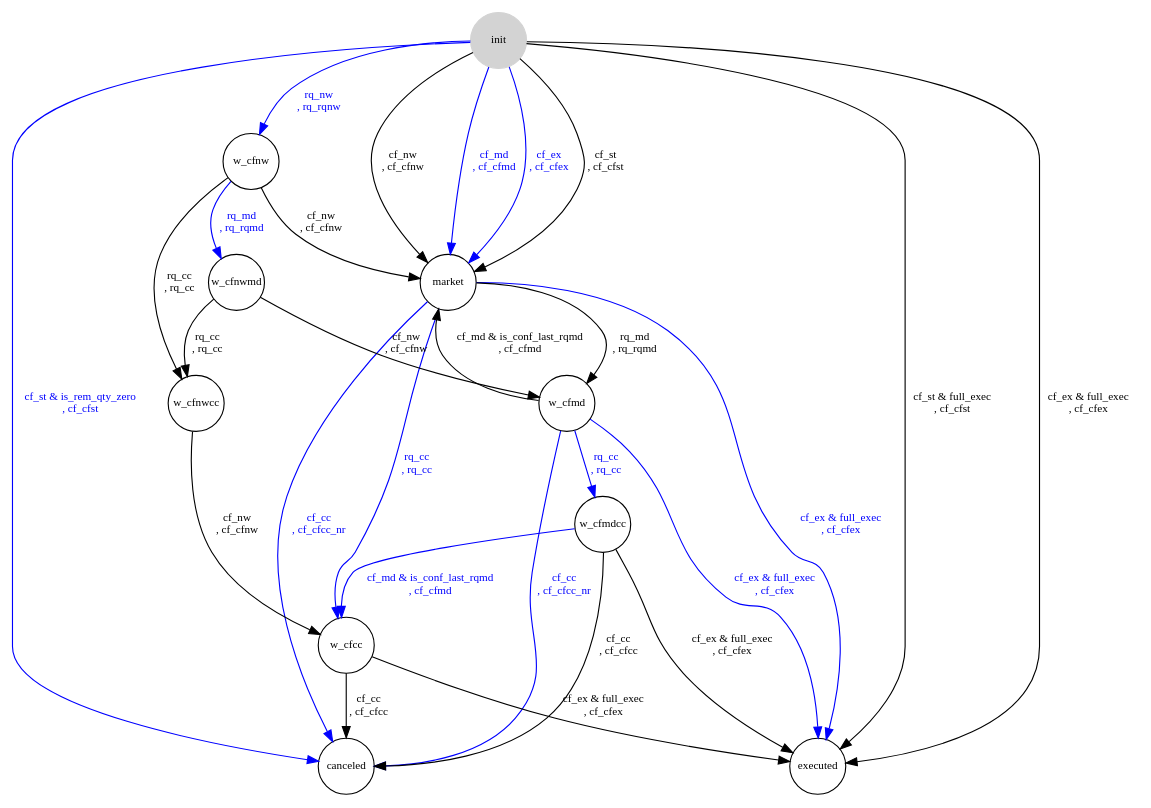
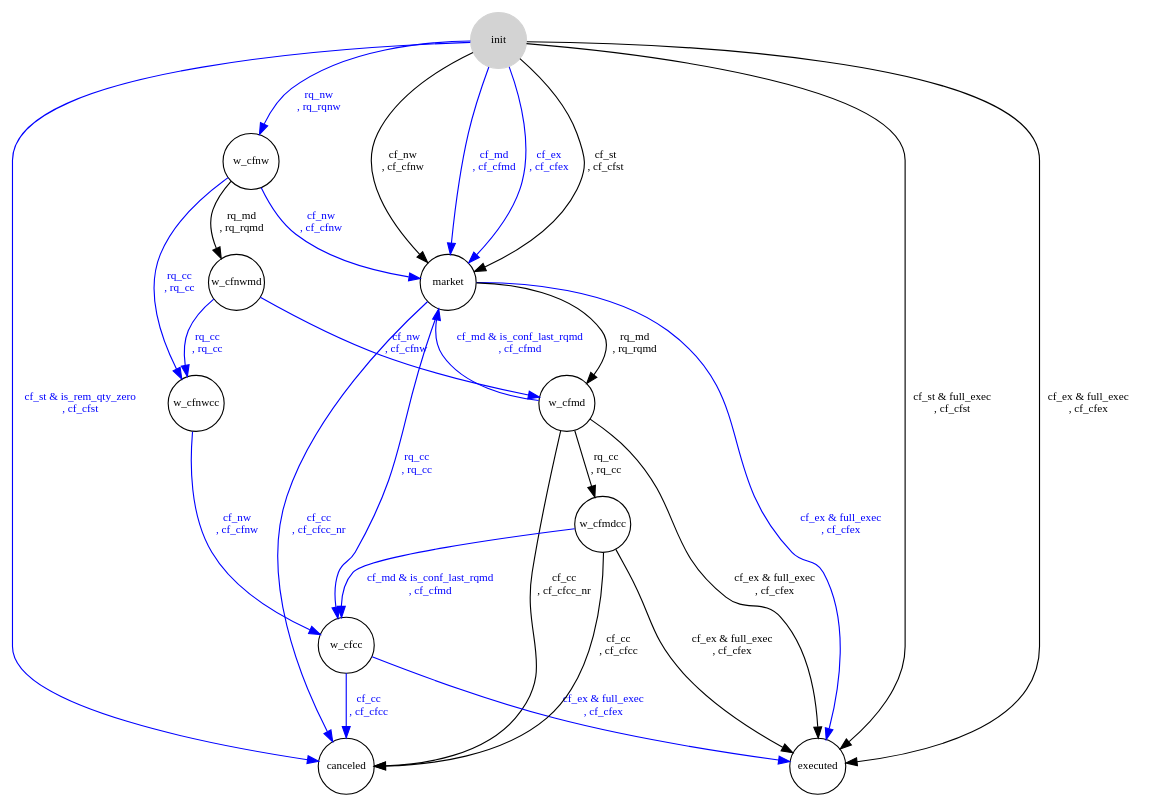
One commit to jleahred/maiquel-toolkit-cpp changed the diagram in src/components/trading/trd_cli_ls.dot. Above: the diagram before and after it, drawn with Graphviz. The commit also changed 10 other files, not shown here.

```diff
--- a/src/components/trading/trd_cli_ls.dot
+++ b/src/components/trading/trd_cli_ls.dot
@@ -1,35 +1,35 @@
 digraph automata {
     node [shape = circle, fontsize=10, fixedsize=true width=0.7];
     init [ style = filled, color=lightgrey ];
 
         "init"  ->  "w_cfnw"  [ label = "rq_nw\n, rq_rqnw", color=blue, fontcolor=blue, fontsize=10, fixedsize=true ];
     "init"  ->  "market"  [ label = "cf_nw\n, cf_cfnw", color=black, fontcolor=black, fontsize=10, fixedsize=true ];
     "init"  ->  "market"  [ label = "cf_md\n, cf_cfmd", color=blue, fontcolor=blue, fontsize=10, fixedsize=true ];
     "init"  ->  "executed"  [ label = "cf_ex & full_exec\n, cf_cfex", color=black, fontcolor=black, fontsize=10, fixedsize=true ];
     "init"  ->  "market"  [ label = "cf_ex\n, cf_cfex", color=blue, fontcolor=blue, fontsize=10, fixedsize=true ];
     "init"  ->  "executed"  [ label = "cf_st & full_exec\n, cf_cfst", color=black, fontcolor=black, fontsize=10, fixedsize=true ];
     "init"  ->  "canceled"  [ label = "cf_st & is_rem_qty_zero\n, cf_cfst", color=blue, fontcolor=blue, fontsize=10, fixedsize=true ];
     "init"  ->  "market"  [ label = "cf_st\n, cf_cfst", color=black, fontcolor=black, fontsize=10, fixedsize=true ];
-    "w_cfnw"  ->  "w_cfnwmd"  [ label = "rq_md\n, rq_rqmd", color=blue, fontcolor=blue, fontsize=10, fixedsize=true ];
-    "w_cfnw"  ->  "w_cfnwcc"  [ label = "rq_cc\n, rq_cc", color=black, fontcolor=black, fontsize=10, fixedsize=true ];
-    "w_cfnw"  ->  "market"  [ label = "cf_nw\n, cf_cfnw", color=black, fontcolor=black, fontsize=10, fixedsize=true ];
+    "w_cfnw"  ->  "w_cfnwmd"  [ label = "rq_md\n, rq_rqmd", color=black, fontcolor=black, fontsize=10, fixedsize=true ];
+    "w_cfnw"  ->  "w_cfnwcc"  [ label = "rq_cc\n, rq_cc", color=blue, fontcolor=blue, fontsize=10, fixedsize=true ];
+    "w_cfnw"  ->  "market"  [ label = "cf_nw\n, cf_cfnw", color=blue, fontcolor=blue, fontsize=10, fixedsize=true ];
     "market"  ->  "w_cfmd"  [ label = "rq_md\n, rq_rqmd", color=black, fontcolor=black, fontsize=10, fixedsize=true ];
     "market"  ->  "w_cfcc"  [ label = "rq_cc\n, rq_cc", color=blue, fontcolor=blue, fontsize=10, fixedsize=true ];
     "market"  ->  "canceled"  [ label = "cf_cc\n, cf_cfcc_nr", color=blue, fontcolor=blue, fontsize=10, fixedsize=true ];
     "market"  ->  "executed"  [ label = "cf_ex & full_exec\n, cf_cfex", color=blue, fontcolor=blue, fontsize=10, fixedsize=true ];
-    "w_cfmd"  ->  "w_cfmdcc"  [ label = "rq_cc\n, rq_cc", color=blue, fontcolor=blue, fontsize=10, fixedsize=true ];
-    "w_cfmd"  ->  "market"  [ label = "cf_md & is_conf_last_rqmd\n, cf_cfmd", color=black, fontcolor=black, fontsize=10, fixedsize=true ];
-    "w_cfmd"  ->  "canceled"  [ label = "cf_cc\n, cf_cfcc_nr", color=blue, fontcolor=blue, fontsize=10, fixedsize=true ];
-    "w_cfmd"  ->  "executed"  [ label = "cf_ex & full_exec\n, cf_cfex", color=blue, fontcolor=blue, fontsize=10, fixedsize=true ];
-    "w_cfcc"  ->  "canceled"  [ label = "cf_cc\n, cf_cfcc", color=black, fontcolor=black, fontsize=10, fixedsize=true ];
-    "w_cfcc"  ->  "executed"  [ label = "cf_ex & full_exec\n, cf_cfex", color=black, fontcolor=black, fontsize=10, fixedsize=true ];
+    "w_cfmd"  ->  "w_cfmdcc"  [ label = "rq_cc\n, rq_cc", color=black, fontcolor=black, fontsize=10, fixedsize=true ];
+    "w_cfmd"  ->  "market"  [ label = "cf_md & is_conf_last_rqmd\n, cf_cfmd", color=blue, fontcolor=blue, fontsize=10, fixedsize=true ];
+    "w_cfmd"  ->  "canceled"  [ label = "cf_cc\n, cf_cfcc_nr", color=black, fontcolor=black, fontsize=10, fixedsize=true ];
+    "w_cfmd"  ->  "executed"  [ label = "cf_ex & full_exec\n, cf_cfex", color=black, fontcolor=black, fontsize=10, fixedsize=true ];
+    "w_cfcc"  ->  "canceled"  [ label = "cf_cc\n, cf_cfcc", color=blue, fontcolor=blue, fontsize=10, fixedsize=true ];
+    "w_cfcc"  ->  "executed"  [ label = "cf_ex & full_exec\n, cf_cfex", color=blue, fontcolor=blue, fontsize=10, fixedsize=true ];
     "w_cfmdcc"  ->  "w_cfcc"  [ label = "cf_md & is_conf_last_rqmd\n, cf_cfmd", color=blue, fontcolor=blue, fontsize=10, fixedsize=true ];
     "w_cfmdcc"  ->  "canceled"  [ label = "cf_cc\n, cf_cfcc", color=black, fontcolor=black, fontsize=10, fixedsize=true ];
     "w_cfmdcc"  ->  "executed"  [ label = "cf_ex & full_exec\n, cf_cfex", color=black, fontcolor=black, fontsize=10, fixedsize=true ];
-    "w_cfnwmd"  ->  "w_cfnwcc"  [ label = "rq_cc\n, rq_cc", color=black, fontcolor=black, fontsize=10, fixedsize=true ];
-    "w_cfnwmd"  ->  "w_cfmd"  [ label = "cf_nw\n, cf_cfnw", color=black, fontcolor=black, fontsize=10, fixedsize=true ];
-    "w_cfnwcc"  ->  "w_cfcc"  [ label = "cf_nw\n, cf_cfnw", color=black, fontcolor=black, fontsize=10, fixedsize=true ];
+    "w_cfnwmd"  ->  "w_cfnwcc"  [ label = "rq_cc\n, rq_cc", color=blue, fontcolor=blue, fontsize=10, fixedsize=true ];
+    "w_cfnwmd"  ->  "w_cfmd"  [ label = "cf_nw\n, cf_cfnw", color=blue, fontcolor=blue, fontsize=10, fixedsize=true ];
+    "w_cfnwcc"  ->  "w_cfcc"  [ label = "cf_nw\n, cf_cfnw", color=blue, fontcolor=blue, fontsize=10, fixedsize=true ];
  
 
     //trd_cli_ls  [ shape = plaintext ];
 }
```
